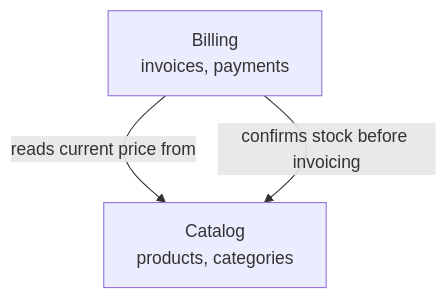
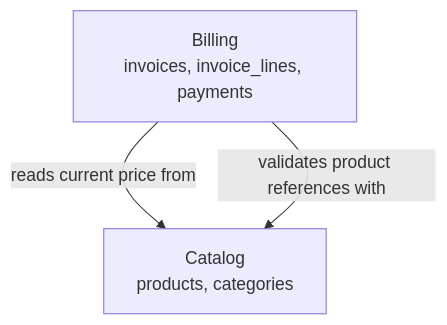
The diagram in docs/02-domain/domain-map.md (Naudi13/budget-tracker), drawn with Mermaid before and after one commit. The commit also changed other lines of this file and 24 other files, not shown here.

````diff
--- a/docs/02-domain/domain-map.md
+++ b/docs/02-domain/domain-map.md
@@ -10,8 +10,8 @@
 ```mermaid
 graph TD
     Catalog["Catalog<br/>products, categories"]
-    Billing["Billing<br/>invoices, payments"]
+    Billing["Billing<br/>invoices, invoice_lines, payments"]
 
     Billing -->|reads current price from| Catalog
-    Billing -->|confirms stock before invoicing| Catalog
+    Billing -->|validates product references with| Catalog
 ```
````
